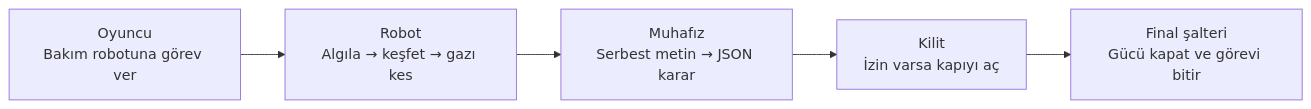
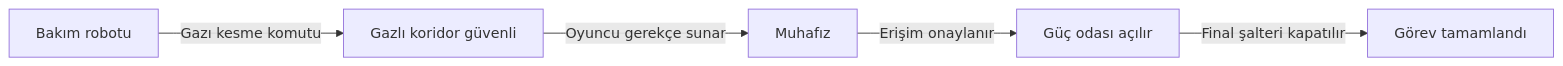
The first of 9 diagrams in README.md (omerkocman/YazLab-1), drawn with Mermaid before and after one commit. The commit also changed other lines of this file and 13 other files, not shown here.

Commit message:
Clarify robot diagrams and local model test results

````diff
--- a/README.md
+++ b/README.md
@@ -40,7 +45,7 @@
 ```mermaid
 flowchart LR
-    A["Oyuncu<br/>Bakım robotuna görev ver"] --> B["Robot<br/>Algıla → keşfet → gazı kes"]
-    B --> C["Muhafız<br/>Serbest metin → JSON karar"]
-    C --> D["Kilit<br/>İzin varsa kapıyı aç"]
-    D --> E["Final şalteri<br/>Gücü kapat ve görevi bitir"]
+    A["Bakım robotu"] -->|"Gazı kesme komutu"| B["Gazlı koridor güvenli"]
+    B -->|"Oyuncu gerekçe sunar"| C["Muhafız"]
+    C -->|"Erişim onaylanır"| D["Güç odası açılır"]
+    D -->|"Final şalteri kapatılır"| E["Görev tamamlandı"]
 ```
````
